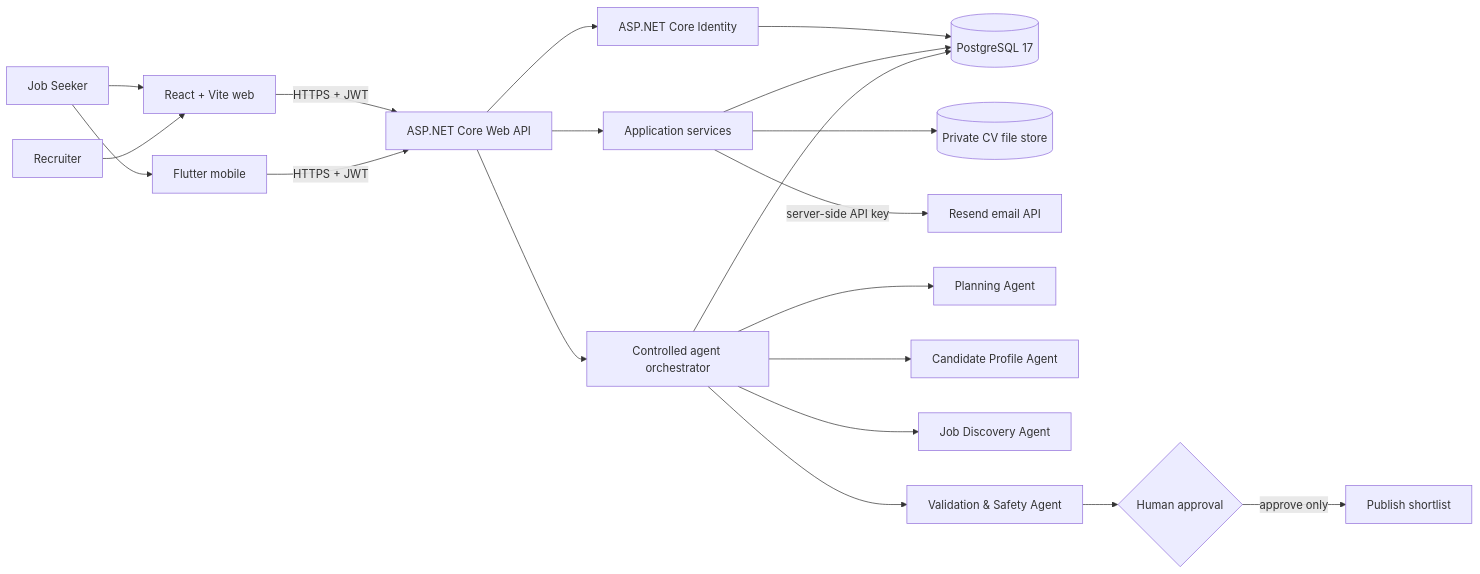
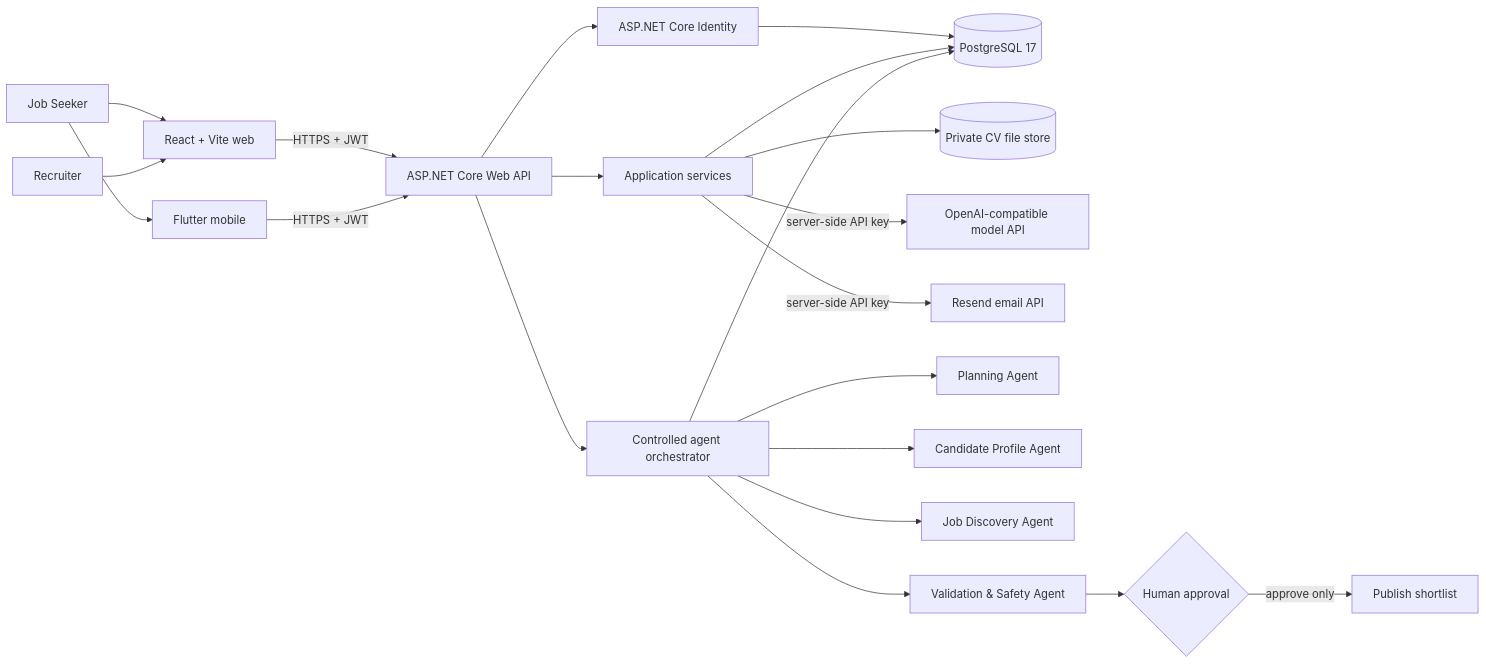
Before and after one commit to Visura13/NextRoleAI: the diagram in docs/architecture/system-architecture.md, drawn with Mermaid. The commit also changed other lines of this file and 34 other files, not shown here.

````diff
--- a/docs/architecture/system-architecture.md
+++ b/docs/architecture/system-architecture.md
@@ -5,25 +5,26 @@
 ```mermaid
 flowchart LR
     JS[Job Seeker] --> WEB[React + Vite web]
     JS --> MOBILE[Flutter mobile]
     REC[Recruiter] --> WEB
 
     WEB -->|HTTPS + JWT| API[ASP.NET Core Web API]
     MOBILE -->|HTTPS + JWT| API
 
     API --> AUTH[ASP.NET Core Identity]
     API --> APP[Application services]
     API --> AGENT[Controlled agent orchestrator]
     AUTH --> DB[(PostgreSQL 17)]
     APP --> DB
     AGENT --> DB
     APP --> FILES[(Private CV file store)]
+    APP -->|server-side API key| AI[OpenAI-compatible model API]
     APP -->|server-side API key| RESEND[Resend email API]
 
     AGENT --> PLAN[Planning Agent]
     AGENT --> PROFILE[Candidate Profile Agent]
     AGENT --> DISCOVERY[Job Discovery Agent]
     AGENT --> VALIDATE[Validation & Safety Agent]
     VALIDATE --> APPROVAL{Human approval}
     APPROVAL -->|approve only| PUBLISH[Publish shortlist]
 ```
````
